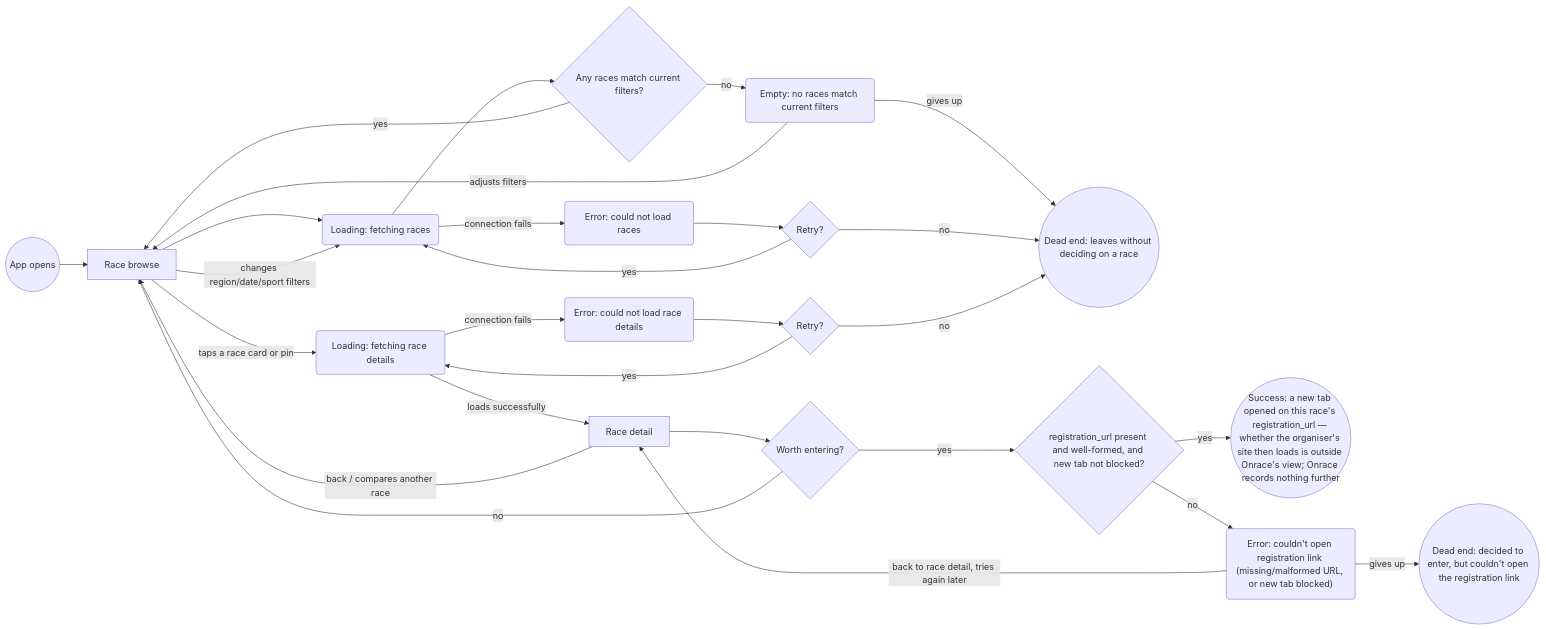
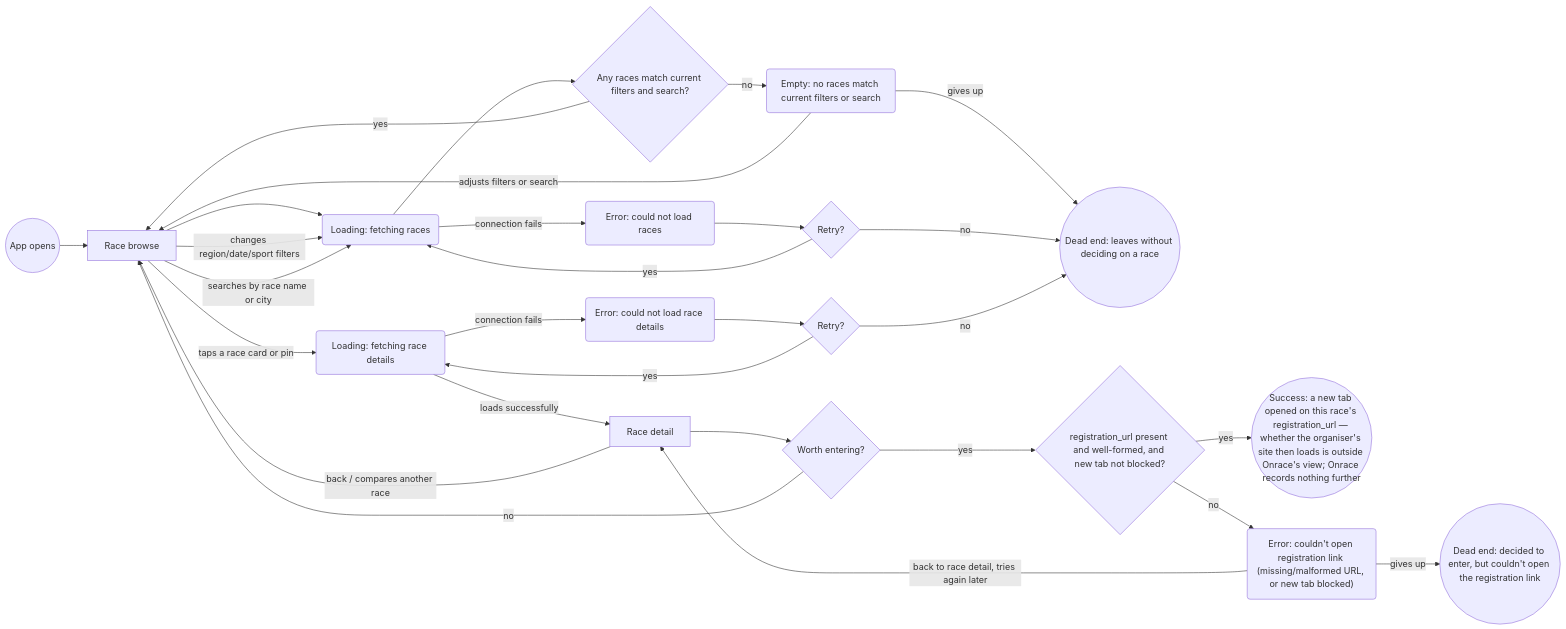
One commit to JuliaMakedonska/Onrace changed the first of 6 diagrams in flows.md. Above: the diagram before and after it, drawn with Mermaid. The commit also changed other lines of this file and 21 other files, not shown here.

First line of the commit message:
Race browse: search field under the large title

````diff
--- a/flows.md
+++ b/flows.md
@@ -101,29 +101,30 @@
 ```mermaid
 flowchart LR
     Start(("App opens")) --> Browse["Race browse"]
     Browse --> Loading("Loading: fetching races")
-    Loading --> HasResults{"Any races match current filters?"}
-    HasResults -->|"no"| Empty("Empty: no races match current filters")
-    Empty -->|"adjusts filters"| Browse
+    Loading --> HasResults{"Any races match current filters and search?"}
+    HasResults -->|"no"| Empty("Empty: no races match current filters or search")
+    Empty -->|"adjusts filters or search"| Browse
     Empty -->|"gives up"| DeadEnd1(("Dead end: leaves without deciding on a race"))
     HasResults -->|"yes"| Browse
     Loading -->|"connection fails"| FetchError("Error: could not load races")
     FetchError --> FetchRetry{"Retry?"}
     FetchRetry -->|"yes"| Loading
     FetchRetry -->|"no"| DeadEnd1
     Browse -->|"changes region/date/sport filters"| Loading
+    Browse -->|"searches by race name or city"| Loading
     Browse -->|"taps a race card or pin"| DetailLoading("Loading: fetching race details")
     DetailLoading -->|"loads successfully"| Detail["Race detail"]
     DetailLoading -->|"connection fails"| DetailError("Error: could not load race details")
     DetailError --> DetailRetry{"Retry?"}
     DetailRetry -->|"yes"| DetailLoading
     DetailRetry -->|"no"| DeadEnd1
     Detail -->|"back / compares another race"| Browse
     Detail --> WantsToEnter{"Worth entering?"}
     WantsToEnter -->|"yes"| RegLinkCheck{"registration_url present and well-formed, and new tab not blocked?"}
     RegLinkCheck -->|"yes"| Success(("Success: a new tab opened on this race's registration_url — whether the organiser's site then loads is outside Onrace's view; Onrace records nothing further"))
     RegLinkCheck -->|"no"| RegLinkError("Error: couldn't open registration link (missing/malformed URL, or new tab blocked)")
     RegLinkError -->|"back to race detail, tries again later"| Detail
     RegLinkError -->|"gives up"| DeadEnd6(("Dead end: decided to enter, but couldn't open the registration link"))
     WantsToEnter -->|"no"| Browse
 ```
````
